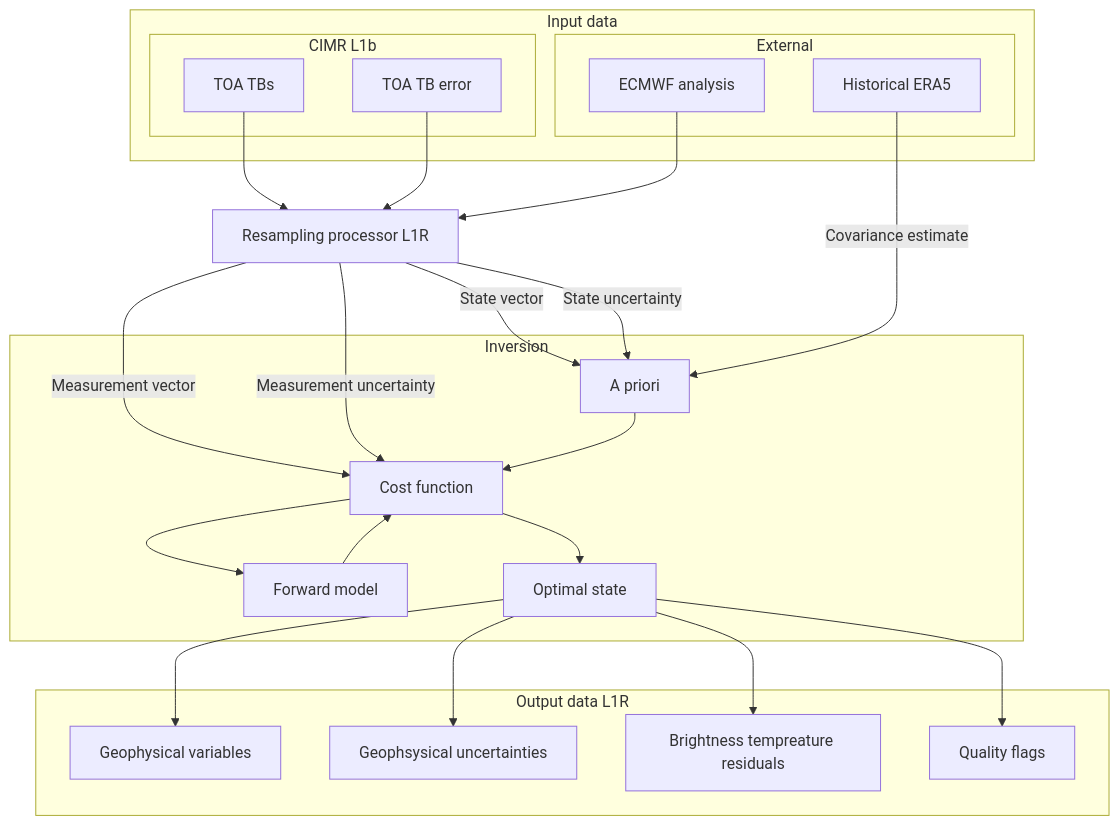
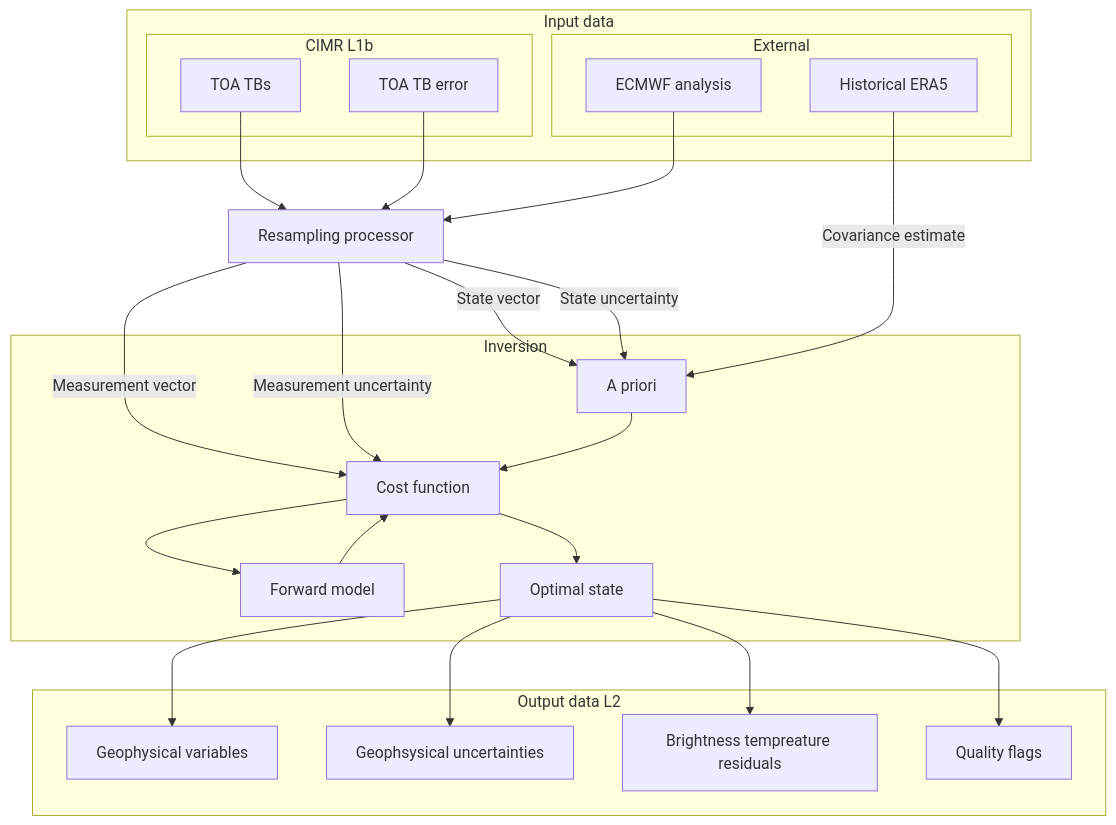
One commit to CIMR-Algos/MultiParameter_ATBD_V2 changed the diagram in book/baseline_algorithm_definition.md. Above: the diagram before and after it, drawn with Mermaid. The commit also changed other lines of this file and 9 other files, not shown here.

````diff
--- a/book/baseline_algorithm_definition.md
+++ b/book/baseline_algorithm_definition.md
@@ -24,48 +443,48 @@
 ```{mermaid}
 graph TD
 	subgraph Input data
 		subgraph CIMR L1b
 			TBs[TOA TBs]
 			TBe[TOA TB error]
 		end
 		subgraph External
 			ECMWF[ECMWF analysis]
 			ERA5["Historical ERA5"]
 		end
 	end
 	subgraph Inversion
 		F[Forward model]
 		cost[Cost function]
 		apriori[A priori] 
 		OS[Optimal state]
 
 	end
 
-	subgraph Output data L1R
+	subgraph Output data L2
 		geo[Geophysical variables]
 		unc[Geophsysical uncertainties]
 		outtb[Brightness tempreature residuals]
 		flags[Quality flags]
 	end
 
-	resampling[Resampling processor L1R]
+	resampling[Resampling processor]
 
 	TBs --> resampling
 	TBe --> resampling
 	ECMWF --> resampling
 	resampling -- Measurement vector --> cost
 	resampling -- Measurement uncertainty --> cost
 	resampling -- State vector --> apriori 
 	resampling -- State uncertainty --> apriori
 
 	ERA5 --Covariance estimate--> apriori
 	apriori --> cost
 	F-->cost
 	cost-->F
 
 	cost --> OS
 	OS --> geo
 	OS --> unc 
 	OS --> outtb
 	OS --> flags
 ```
````
